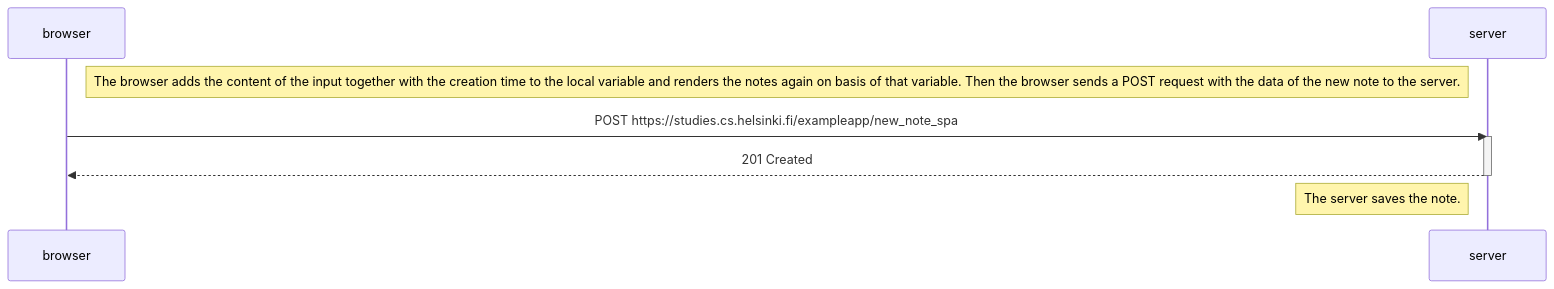
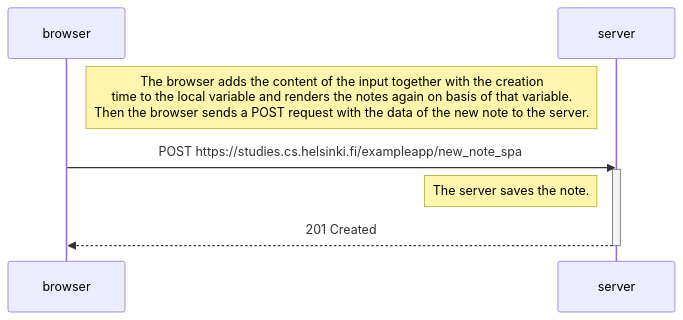
Before and after one commit to dreathed/FullStackOpenSubmissions: the diagram in part0/0-6.md, drawn with Mermaid. The commit also changed 1 other file, not shown here.

Commit message:
add line breaks for better readability

````diff
--- a/part0/0-6.md
+++ b/part0/0-6.md
@@ -1,14 +1,17 @@
 ```mermaid
 sequenceDiagram
     participant browser
     participant server
 
-    Note right of browser: The browser adds the content of the input together with the creation time to the local variable and renders the notes again on basis of that variable. Then the browser sends a POST request with the data of the new note to the server.
+    Note right of browser: The browser adds the content of the input together with the creation<br> time to the local variable and renders the notes again on basis of that variable.<br> Then the browser sends a POST request with the data of the new note to the server.
 
     browser->>server: POST https://studies.cs.helsinki.fi/exampleapp/new_note_spa
     activate server
+
+    Note left of server: The server saves the note. 
+
     server-->>browser: 201 Created
     deactivate server
 
-    Note left of server: The server saves the note. 
+   
 ```
````
